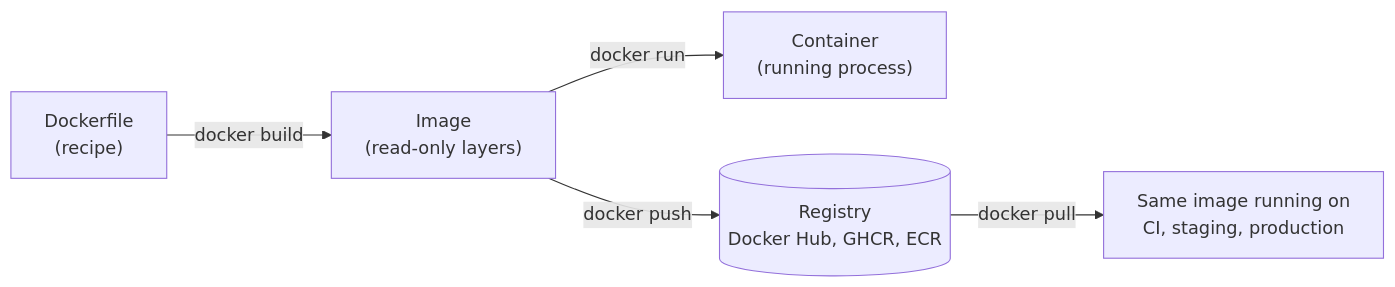
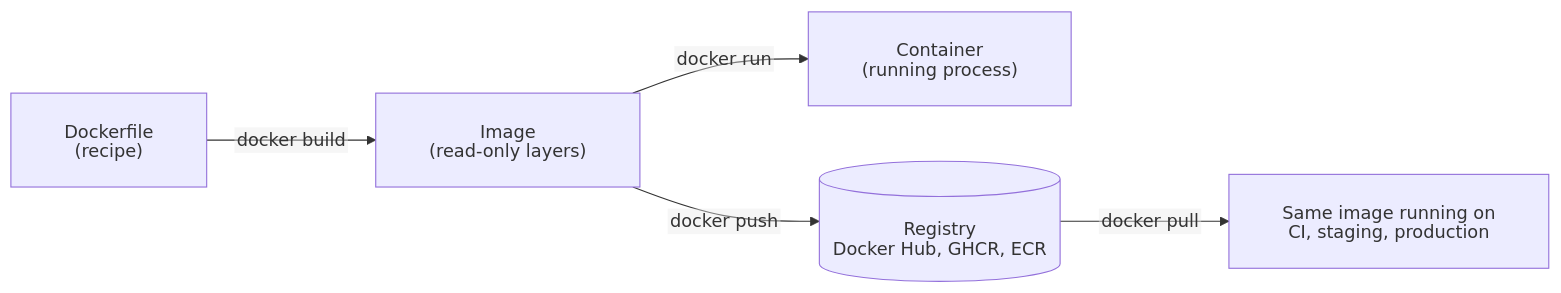
Before and after one commit to renatolinsdigital/nodejs-quickstart: diagram 20 of 26 in README.md, drawn with Mermaid. The commit also changed other lines of this file, not shown here.

First line of the commit message:
renames guide to Understanding Node.js Well and fixes clipped diagram labels

````diff
--- a/README.md
+++ b/README.md
@@ -2609,7 +2624,8 @@
 ```mermaid
+%%{init: {"htmlLabels": false, "flowchart": {"htmlLabels": false, "wrappingWidth": 400, "padding": 24}}}%%
 flowchart LR
     DF["Dockerfile<br/>(recipe)"] -- "docker build" --> IMG["Image<br/>(read-only layers)"]
     IMG -- "docker run" --> CON["Container<br/>(running process)"]
     IMG -- "docker push" --> REG[("Registry<br/>Docker Hub, GHCR, ECR")]
     REG -- "docker pull" --> PROD["Same image running on<br/>CI, staging, production"]
 ```
````
